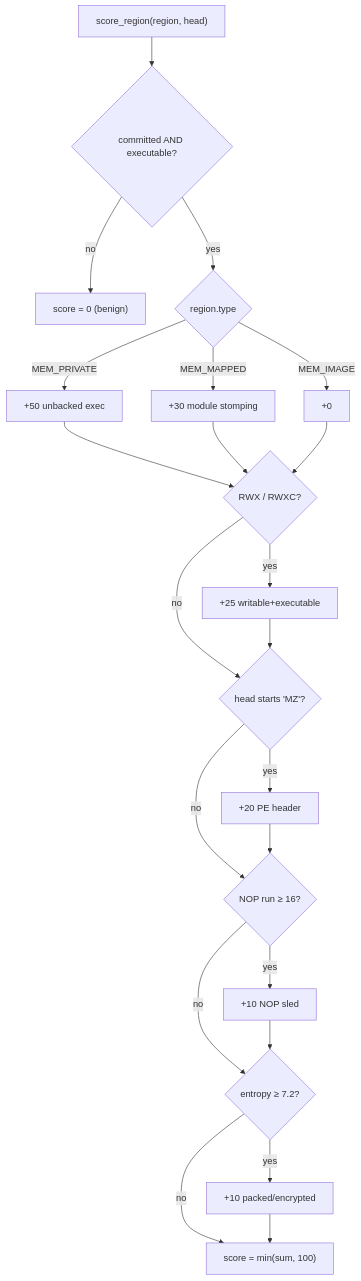
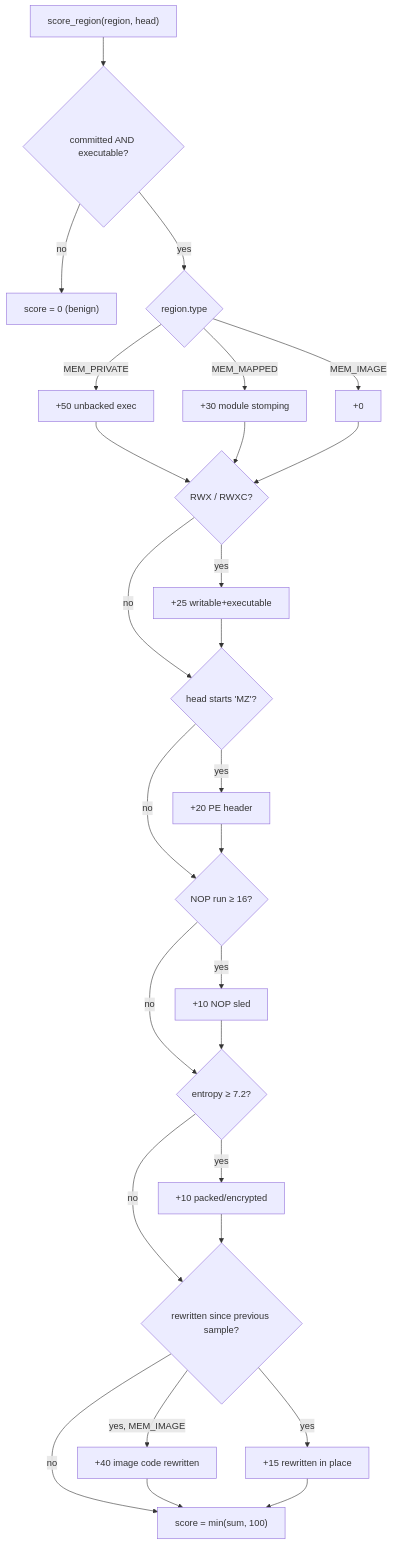
The first of 2 diagrams in docs/ARCHITECTURE.md (mjaksn/Memlapse), drawn with Mermaid before and after one commit. The commit also changed other lines of this file and 16 other files, not shown here.

Commit message:
Hash region heads and score executable memory rewritten between samples (#1)

````diff
--- a/docs/ARCHITECTURE.md
+++ b/docs/ARCHITECTURE.md
@@ -331,24 +339,29 @@
 ```mermaid
 flowchart TD
     S["score_region(region, head)"] --> Q{committed AND executable?}
     Q -- no --> Z["score = 0 (benign)"]
     Q -- yes --> T{region.type}
     T -- MEM_PRIVATE --> P["+50 unbacked exec"]
     T -- MEM_MAPPED --> M["+30 module stomping"]
     T -- MEM_IMAGE --> N["+0"]
     P --> W{RWX / RWXC?}
     M --> W
     N --> W
     W -- yes --> WX["+25 writable+executable"]
     W -- no --> C1{"head starts 'MZ'?"}
     WX --> C1
     C1 -- yes --> MZ["+20 PE header"]
     C1 -- no --> C2{"NOP run ≥ 16?"}
     MZ --> C2
     C2 -- yes --> NOP["+10 NOP sled"]
     C2 -- no --> C3{"entropy ≥ 7.2?"}
     NOP --> C3
     C3 -- yes --> EN["+10 packed/encrypted"]
-    C3 -- no --> CAP["score = min(sum, 100)"]
-    EN --> CAP
+    C3 -- no --> R{"rewritten since previous sample?"}
+    EN --> R
+    R -- "yes, MEM_IMAGE" --> RI["+40 image code rewritten"]
+    R -- yes --> RW["+15 rewritten in place"]
+    R -- no --> CAP["score = min(sum, 100)"]
+    RI --> CAP
+    RW --> CAP
 ```
````
